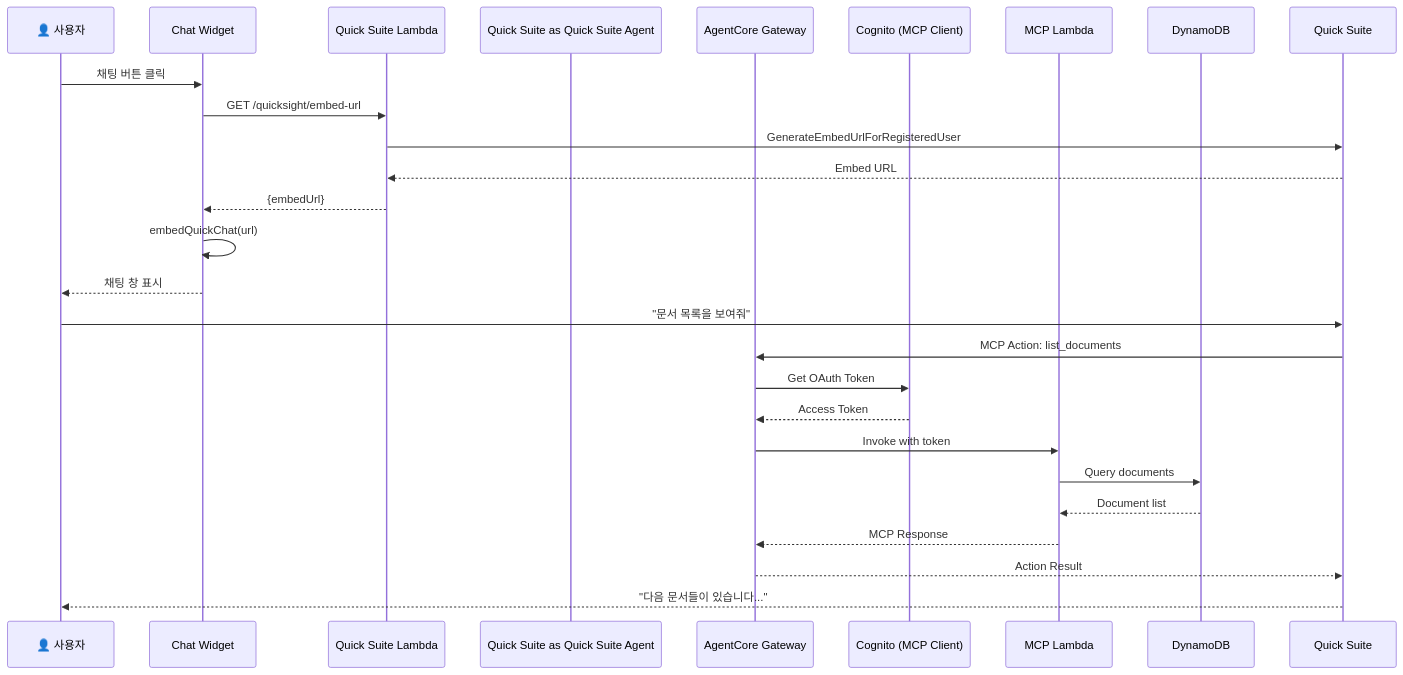
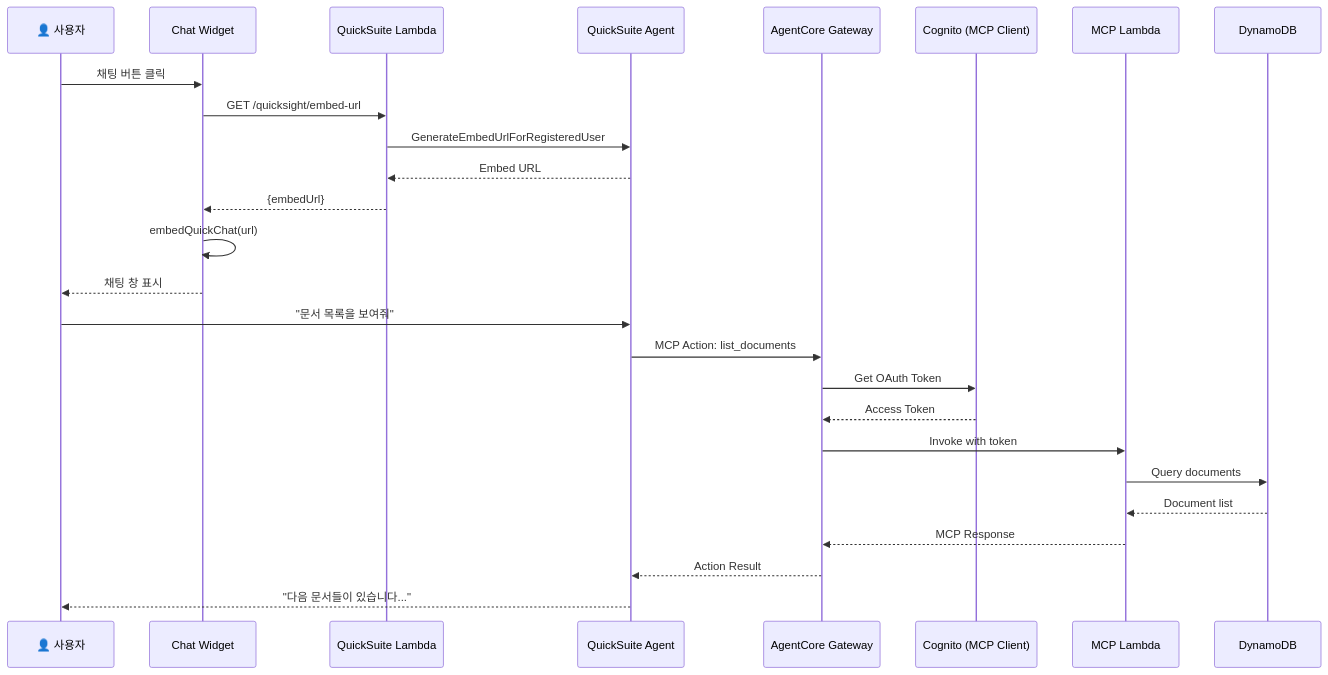
Before and after one commit to ironpe/architecture-review-using-quicksuite-chatagent-embeding: the fourth of 9 diagrams in docs/ARCHITECTURE.md, drawn with Mermaid. The commit also changed other lines of this file, not shown here.

Commit message:
docs: rename Quick Suite to QuickSuite in ARCHITECTURE.md

````diff
--- a/docs/ARCHITECTURE.md
+++ b/docs/ARCHITECTURE.md
@@ -161,30 +161,30 @@
 ```mermaid
 sequenceDiagram
     participant User as 👤 사용자
     participant ChatWidget as Chat Widget
-    participant QSLambda as Quick Suite Lambda
-    participant Quick Suite as Quick Suite Agent
+    participant QSLambda as QuickSuite Lambda
+    participant QuickSuite as QuickSuite Agent
     participant AgentCore as AgentCore Gateway
     participant Cognito as Cognito (MCP Client)
     participant MCPLambda as MCP Lambda
     participant DynamoDB as DynamoDB
 
     User->>ChatWidget: 채팅 버튼 클릭
     ChatWidget->>QSLambda: GET /quicksight/embed-url
-    QSLambda->>Quick Suite: GenerateEmbedUrlForRegisteredUser
-    Quick Suite-->>QSLambda: Embed URL
+    QSLambda->>QuickSuite: GenerateEmbedUrlForRegisteredUser
+    QuickSuite-->>QSLambda: Embed URL
     QSLambda-->>ChatWidget: {embedUrl}
     ChatWidget->>ChatWidget: embedQuickChat(url)
     ChatWidget-->>User: 채팅 창 표시
     
-    User->>Quick Suite: "문서 목록을 보여줘"
-    Quick Suite->>AgentCore: MCP Action: list_documents
+    User->>QuickSuite: "문서 목록을 보여줘"
+    QuickSuite->>AgentCore: MCP Action: list_documents
     AgentCore->>Cognito: Get OAuth Token
     Cognito-->>AgentCore: Access Token
     AgentCore->>MCPLambda: Invoke with token
     MCPLambda->>DynamoDB: Query documents
     DynamoDB-->>MCPLambda: Document list
     MCPLambda-->>AgentCore: MCP Response
-    AgentCore-->>Quick Suite: Action Result
-    Quick Suite-->>User: "다음 문서들이 있습니다..."
+    AgentCore-->>QuickSuite: Action Result
+    QuickSuite-->>User: "다음 문서들이 있습니다..."
 ```
````
